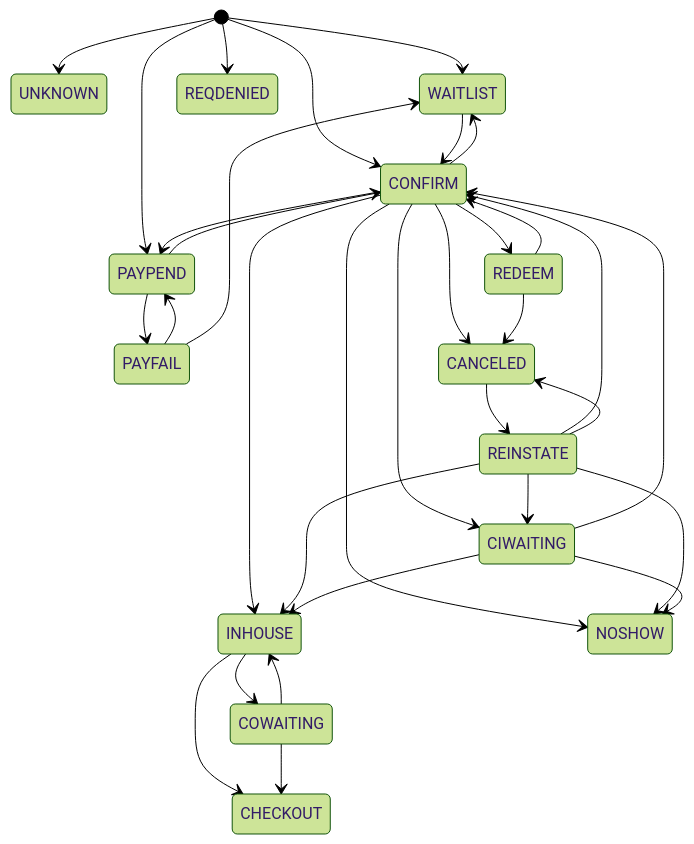
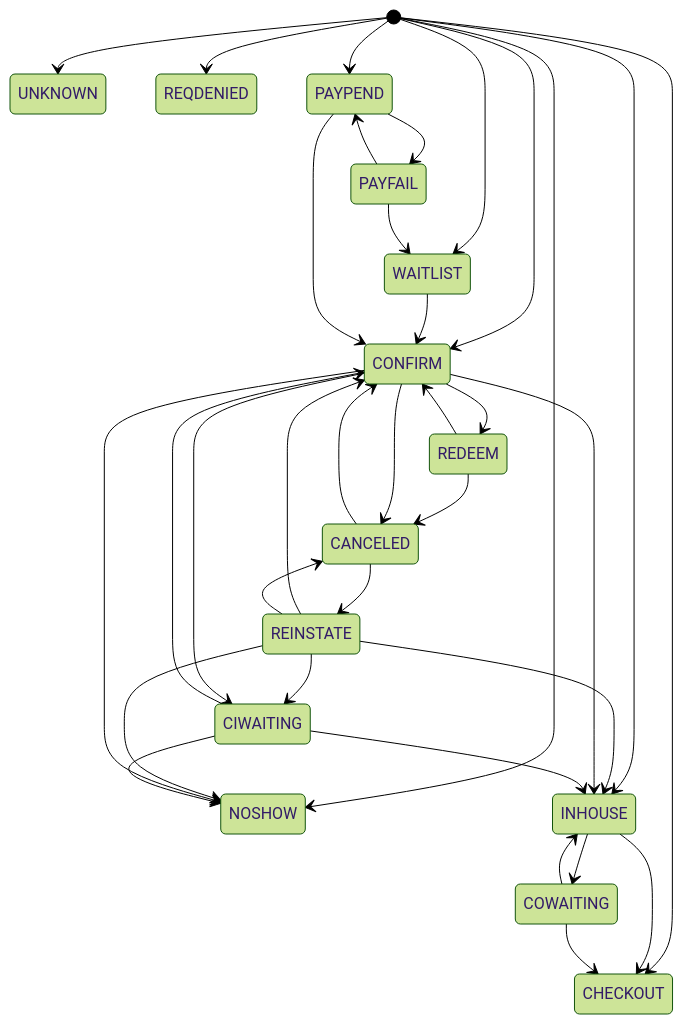
One commit to horngyih/reservation-state-machine changed the diagram in README.MD. Above: the diagram before and after it, drawn with Mermaid (forest theme). The commit also changed other lines of this file, not shown here.

Commit message:
- Updated Room Reservation State diagram

````diff
--- a/README.MD
+++ b/README.MD
@@ -27,35 +27,37 @@
 ```mermaid
 stateDiagram-v2
-[*] --> UNKNOWN
-[*] --> WAITLIST
-[*] --> PAYPEND
-[*] --> REQDENIED
-[*] --> CONFIRM
-WAITLIST --> CONFIRM
-PAYPEND --> CONFIRM
-PAYPEND --> PAYFAIL
-PAYFAIL --> PAYPEND
-PAYFAIL --> WAITLIST
-CONFIRM --> REDEEM
-CONFIRM --> CIWAITING
-CONFIRM --> INHOUSE
-CONFIRM --> CANCELED
-CONFIRM --> NOSHOW
-CONFIRM --> WAITLIST
-CONFIRM --> PAYPEND
-CANCELED --> REINSTATE
-REINSTATE --> CONFIRM
-REINSTATE --> CIWAITING
-REINSTATE --> INHOUSE
-REINSTATE --> NOSHOW
-REINSTATE --> CANCELED
-REDEEM --> CANCELED
-REDEEM --> CONFIRM
-CIWAITING --> INHOUSE
-CIWAITING --> NOSHOW
-CIWAITING --> CONFIRM
-INHOUSE --> COWAITING
-INHOUSE --> CHECKOUT
-COWAITING --> CHECKOUT
-COWAITING --> INHOUSE
+[*] --> WAITLIST 
+[*]--> UNKNOWN 
+[*] --> REQDENIED 
+[*] --> PAYPEND 
+[*] --> NOSHOW 
+[*] --> INHOUSE 
+[*] --> CONFIRM 
+[*] --> CHECKOUT 
+WAITLIST --> CONFIRM 
+REINSTATE --> NOSHOW 
+REINSTATE --> INHOUSE 
+REINSTATE --> CONFIRM 
+REINSTATE --> CIWAITING 
+REINSTATE --> CANCELED 
+REDEEM --> CONFIRM 
+REDEEM --> CANCELED 
+PAYPEND --> PAYFAIL 
+PAYPEND --> CONFIRM 
+PAYFAIL --> WAITLIST 
+PAYFAIL --> PAYPEND 
+INHOUSE --> COWAITING 
+INHOUSE --> CHECKOUT 
+COWAITING --> INHOUSE 
+COWAITING --> CHECKOUT 
+CONFIRM --> REDEEM 
+CONFIRM --> NOSHOW 
+CONFIRM --> INHOUSE 
+CONFIRM --> CIWAITING 
+CONFIRM --> CANCELED 
+CIWAITING --> NOSHOW 
+CIWAITING --> INHOUSE 
+CIWAITING --> CONFIRM 
+CANCELED --> REINSTATE 
+CANCELED --> CONFIRM
 ```
````
